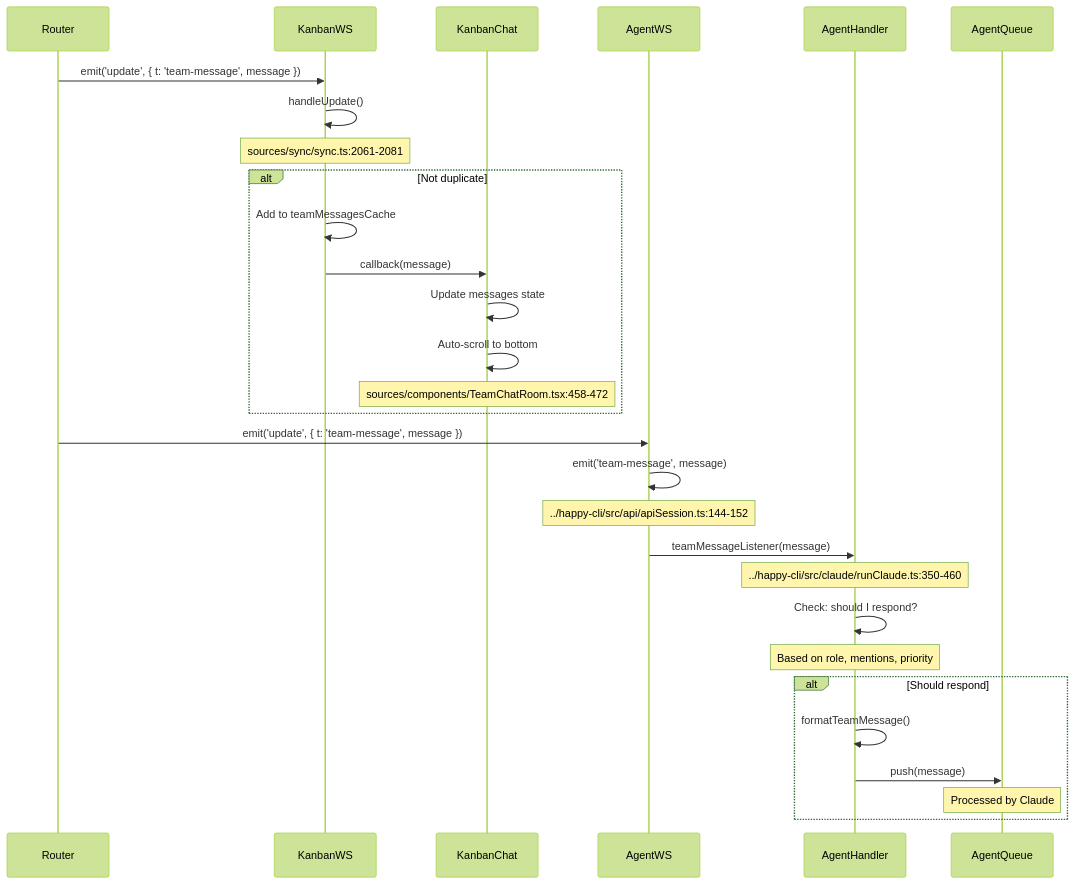
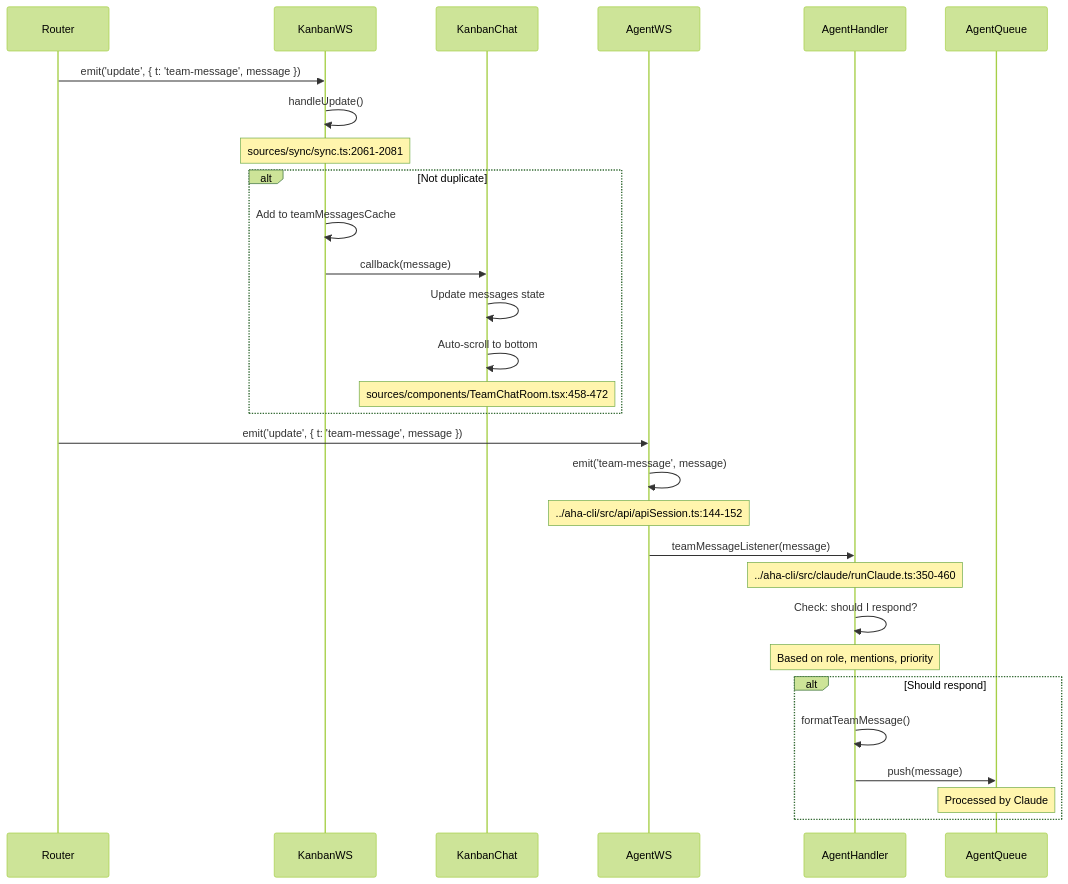
The third of 12 diagrams in TEAM_MESSAGING_ANALYSIS.md (Mozart-Orchestra/aha-client), drawn with Mermaid (forest theme) before and after one commit. The commit also changed other lines of this file and 36 other files, not shown here.

First line of the commit message:
refactor: rename internal 'happy' references to 'aha'

````diff
--- a/TEAM_MESSAGING_ANALYSIS.md
+++ b/TEAM_MESSAGING_ANALYSIS.md
@@ -113,38 +113,38 @@
 ```mermaid
 sequenceDiagram
     participant Router
     participant KanbanWS
     participant KanbanChat
     participant AgentWS
     participant AgentHandler
     participant AgentQueue
     
     Router->>KanbanWS: emit('update', { t: 'team-message', message })
     KanbanWS->>KanbanWS: handleUpdate()
     Note over KanbanWS: sources/sync/sync.ts:2061-2081
     
     alt Not duplicate
         KanbanWS->>KanbanWS: Add to teamMessagesCache
         KanbanWS->>KanbanChat: callback(message)
         
         KanbanChat->>KanbanChat: Update messages state
         KanbanChat->>KanbanChat: Auto-scroll to bottom
         Note over KanbanChat: sources/components/TeamChatRoom.tsx:458-472
     end
     
     Router->>AgentWS: emit('update', { t: 'team-message', message })
     AgentWS->>AgentWS: emit('team-message', message)
-    Note over AgentWS: ../happy-cli/src/api/apiSession.ts:144-152
+    Note over AgentWS: ../aha-cli/src/api/apiSession.ts:144-152
 
     AgentWS->>AgentHandler: teamMessageListener(message)
-    Note over AgentHandler: ../happy-cli/src/claude/runClaude.ts:350-460
+    Note over AgentHandler: ../aha-cli/src/claude/runClaude.ts:350-460
     
     AgentHandler->>AgentHandler: Check: should I respond?
     Note over AgentHandler: Based on role, mentions, priority
     
     alt Should respond
         AgentHandler->>AgentHandler: formatTeamMessage()
         AgentHandler->>AgentQueue: push(message)
         Note over AgentQueue: Processed by Claude
     end
 ```
````
